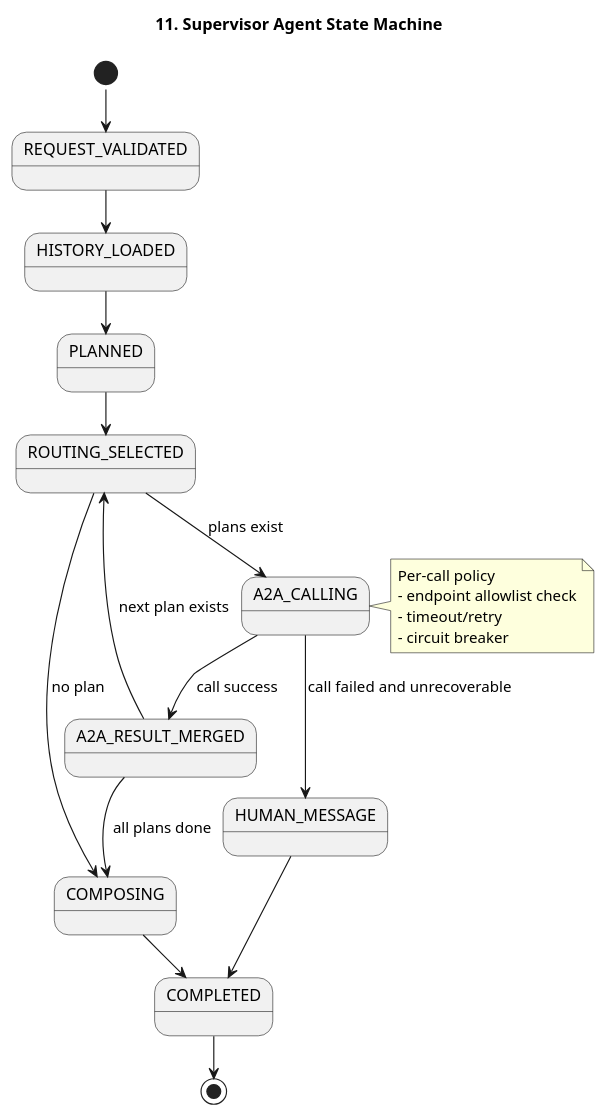
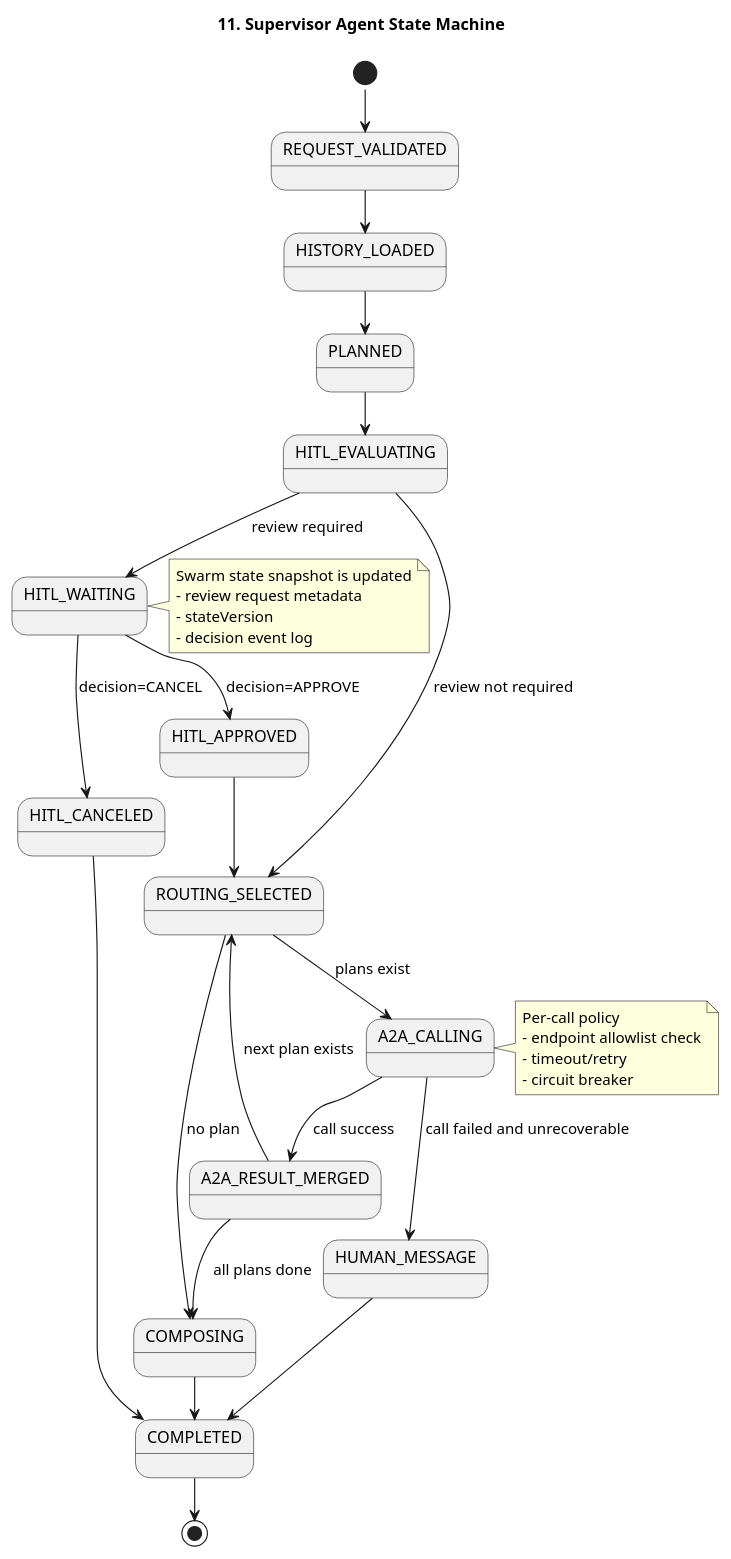
One commit to kim57uak/spring-ai changed the diagram in documents/a2a-host_agent-architecture/11-supervisor-state-machine.puml. Above: the diagram before and after it, drawn with PlantUML. The commit also changed 99 other files, not shown here.

Commit message:
feat: implement supervisor HITL swarm flow and task review updates

```diff
--- a/documents/a2a-host_agent-architecture/11-supervisor-state-machine.puml
+++ b/documents/a2a-host_agent-architecture/11-supervisor-state-machine.puml
@@ -1,31 +1,49 @@
 @startuml
 !pragma layout smetana
 title 11. Supervisor Agent State Machine
 
 skinparam shadowing false
 
 [*] --> REQUEST_VALIDATED
 REQUEST_VALIDATED --> HISTORY_LOADED
 HISTORY_LOADED --> PLANNED
-PLANNED --> ROUTING_SELECTED
+PLANNED --> HITL_EVALUATING
+HITL_EVALUATING --> HITL_WAITING : review required
+HITL_EVALUATING --> ROUTING_SELECTED : review not required
+HITL_WAITING --> HITL_APPROVED : decision=APPROVE
+HITL_WAITING --> HITL_CANCELED : decision=CANCEL
+HITL_APPROVED --> ROUTING_SELECTED
+HITL_CANCELED --> COMPLETED
 
 ROUTING_SELECTED --> A2A_CALLING : plans exist
 ROUTING_SELECTED --> COMPOSING : no plan
 
 A2A_CALLING --> A2A_RESULT_MERGED : call success
 A2A_CALLING --> HUMAN_MESSAGE : call failed and unrecoverable
 A2A_RESULT_MERGED --> ROUTING_SELECTED : next plan exists
 A2A_RESULT_MERGED --> COMPOSING : all plans done
 
 COMPOSING --> COMPLETED
 HUMAN_MESSAGE --> COMPLETED
 COMPLETED --> [*]
 
 note right of A2A_CALLING
 Per-call policy
 - endpoint allowlist check
 - timeout/retry
 - circuit breaker
 end note
 
+note left of HITL_WAITING
+Swarm state snapshot is updated
+- review request metadata
+- stateVersion
+- decision event log
+end note
+
+' 2026-04-12 sync with docs 30/31
+' - Scope: HITL decision limited to APPROVE/CANCEL in current phase
+' - Data mutation requests (create/update/delete) require mandatory HITL
+' - A2A compatibility mode keeps both legacy and v1.0 methods
+' - User profile input collection is deferred to next phase
 @enduml
```
